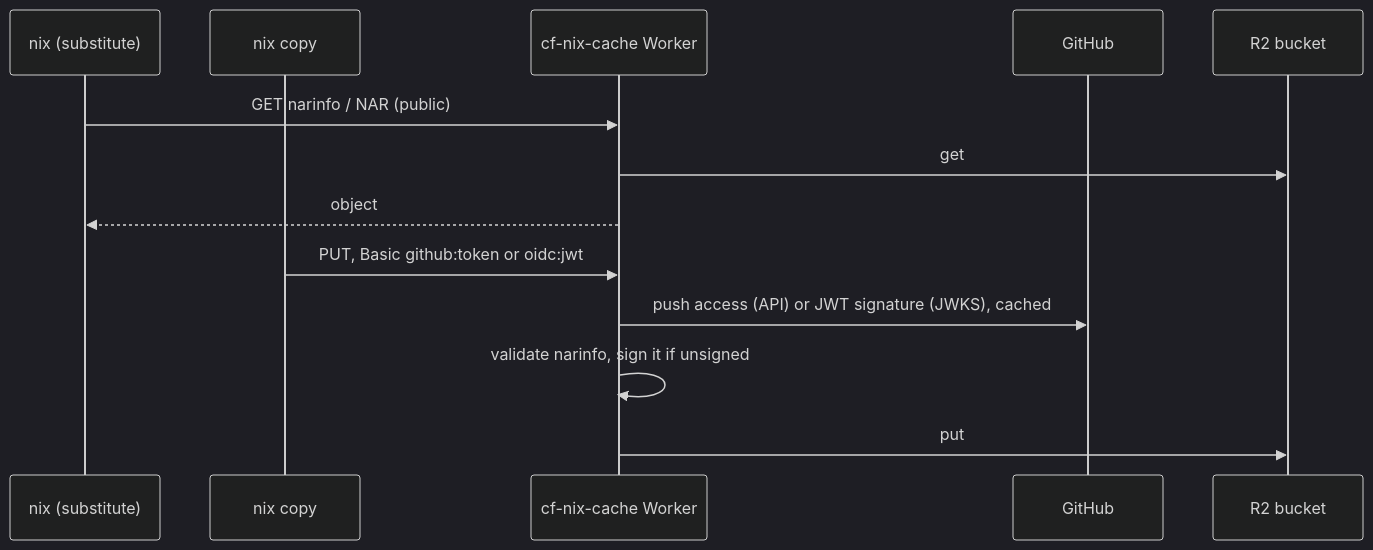
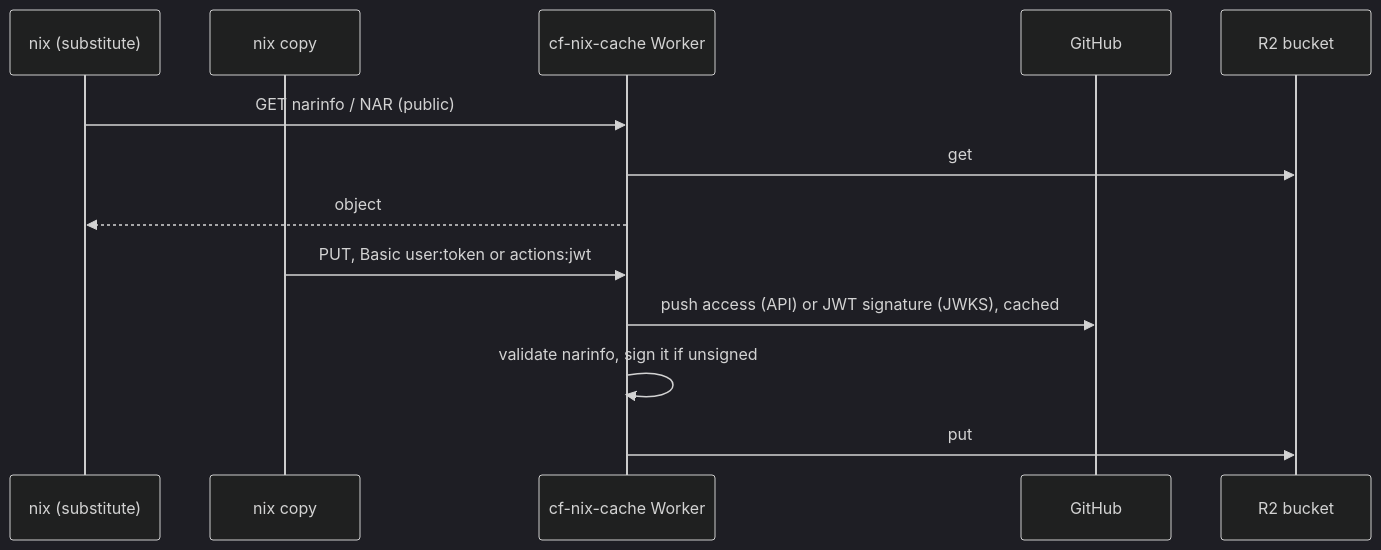
Before and after one commit to cf-contrib/cf-nix: the diagram in README.md, drawn with Mermaid (dark theme). The commit also changed other lines of this file and 15 other files, not shown here.

````diff
--- a/README.md
+++ b/README.md
@@ -38,16 +38,16 @@
 ```mermaid
 sequenceDiagram
     participant Reader as nix (substitute)
     participant Uploader as nix copy
     participant Worker as cf-nix-cache Worker
     participant GitHub as GitHub
     participant R2 as R2 bucket
 
     Reader->>Worker: GET narinfo / NAR (public)
     Worker->>R2: get
     Worker-->>Reader: object
-    Uploader->>Worker: PUT, Basic github:token or oidc:jwt
+    Uploader->>Worker: PUT, Basic user:token or actions:jwt
     Worker->>GitHub: push access (API) or JWT signature (JWKS), cached
     Worker->>Worker: validate narinfo, sign it if unsigned
     Worker->>R2: put
 ```
````
